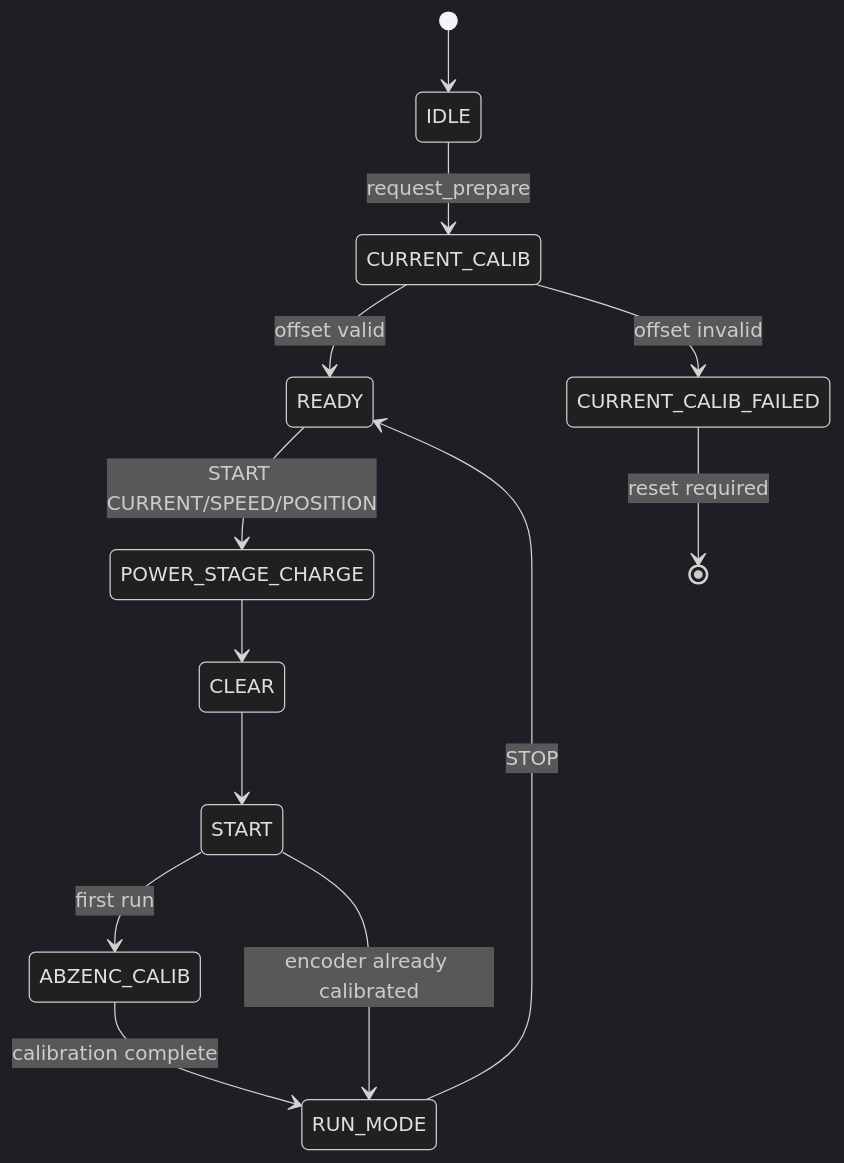
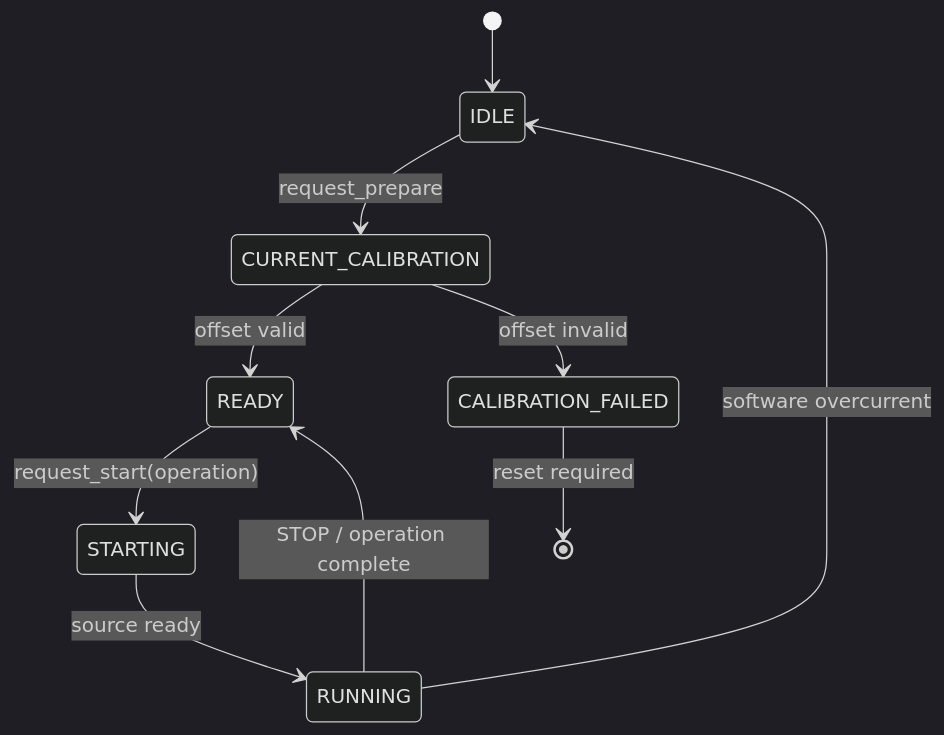
The second of 2 diagrams in docs/ARCHITECTURE.md (TodayRainy/STM32H743-FOC-Control-Lab), drawn with Mermaid (dark theme) before and after one commit. The commit also changed other lines of this file and 9 other files, not shown here.

```diff
--- a/docs/ARCHITECTURE.md
+++ b/docs/ARCHITECTURE.md
@@ -119,15 +131,12 @@
 ~~~mermaid
 stateDiagram-v2
     [*] --> IDLE
-    IDLE --> CURRENT_CALIB: request_prepare
-    CURRENT_CALIB --> READY: offset valid
-    CURRENT_CALIB --> CURRENT_CALIB_FAILED: offset invalid
-    READY --> POWER_STAGE_CHARGE: START CURRENT/SPEED/POSITION
-    POWER_STAGE_CHARGE --> CLEAR
-    CLEAR --> START
-    START --> ABZENC_CALIB: first run
-    START --> RUN_MODE: encoder already calibrated
-    ABZENC_CALIB --> RUN_MODE: calibration complete
-    RUN_MODE --> READY: STOP
-    CURRENT_CALIB_FAILED --> [*]: reset required
+    IDLE --> CURRENT_CALIBRATION: request_prepare
+    CURRENT_CALIBRATION --> READY: offset valid
+    CURRENT_CALIBRATION --> CALIBRATION_FAILED: offset invalid
+    READY --> STARTING: request_start(operation)
+    STARTING --> RUNNING: source ready
+    RUNNING --> READY: STOP / operation complete
+    RUNNING --> IDLE: software overcurrent
+    CALIBRATION_FAILED --> [*]: reset required
 ~~~
```
